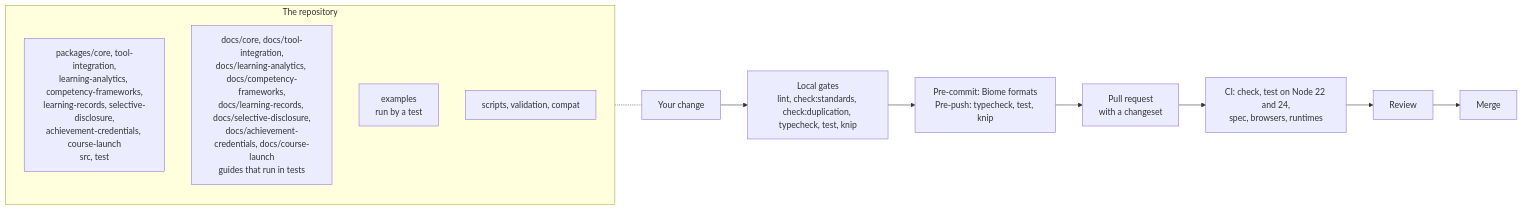
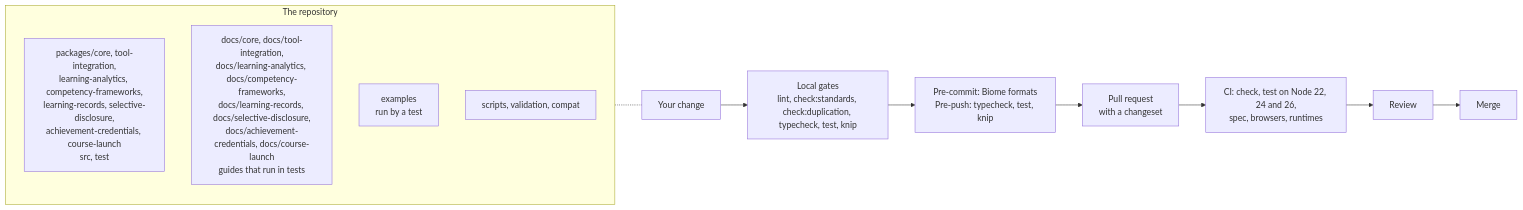
Before and after one commit to interopkit/interopkit: the diagram in CONTRIBUTING.md, drawn with Mermaid. The commit also changed 1 other file, not shown here.

Commit message:
Test on Node.js 26 beside 22 and 24
Node.js 26 has been LTS since October 2026, and the engines of every package admit it (STANDARDS section 3: Node LTS).

````diff
--- a/CONTRIBUTING.md
+++ b/CONTRIBUTING.md
@@ -3,16 +3,16 @@
 ```mermaid
 flowchart LR
   subgraph repo["The repository"]
     packages["packages/core, tool-integration,<br/>learning-analytics, competency-frameworks,<br/>learning-records, selective-disclosure,<br/>achievement-credentials, course-launch<br/>src, test"]
     docs["docs/core, docs/tool-integration,<br/>docs/learning-analytics, docs/competency-frameworks,<br/>docs/learning-records, docs/selective-disclosure,<br/>docs/achievement-credentials, docs/course-launch<br/>guides that run in tests"]
     examples["examples<br/>run by a test"]
     tooling["scripts, validation, compat"]
   end
   change["Your change"] --> local["Local gates<br/>lint, check:standards, check:duplication, typecheck, test, knip"]
   local --> hooks["Pre-commit: Biome formats<br/>Pre-push: typecheck, test, knip"]
   hooks --> pr["Pull request<br/>with a changeset"]
-  pr --> ci["CI: check, test on Node 22 and 24,<br/>spec, browsers, runtimes"]
+  pr --> ci["CI: check, test on Node 22, 24 and 26,<br/>spec, browsers, runtimes"]
   ci --> review["Review"]
   review --> merge["Merge"]
   repo -.- change
 ```
````
